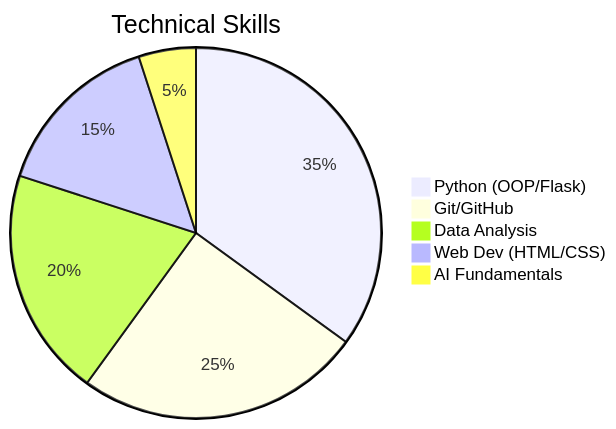
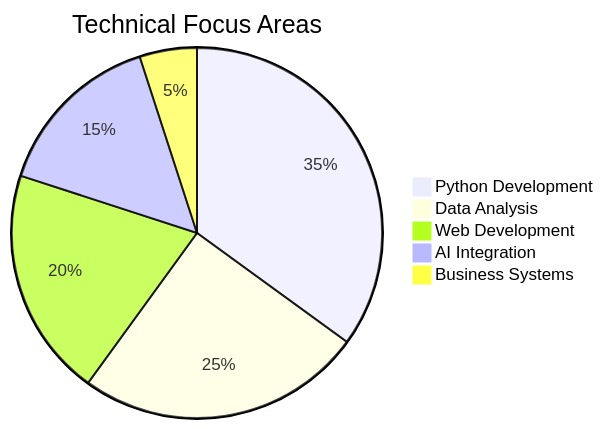
The diagram in README.md (AhmedTyson/AhmedTyson), drawn with Mermaid before and after one commit. The commit also changed other lines of this file, not shown here.

````diff
--- a/README.md
+++ b/README.md
@@ -51,9 +65,9 @@
 ```mermaid
 pie
-    title Technical Skills
-    "Python (OOP/Flask)" : 35
-    "Git/GitHub" : 25
-    "Data Analysis" : 20
-    "Web Dev (HTML/CSS)" : 15
-    "AI Fundamentals" : 5
+    title Technical Focus Areas
+    "Python Development" : 35
+    "Data Analysis" : 25
+    "Web Development" : 20
+    "AI Integration" : 15
+    "Business Systems" : 5
 ```
````
